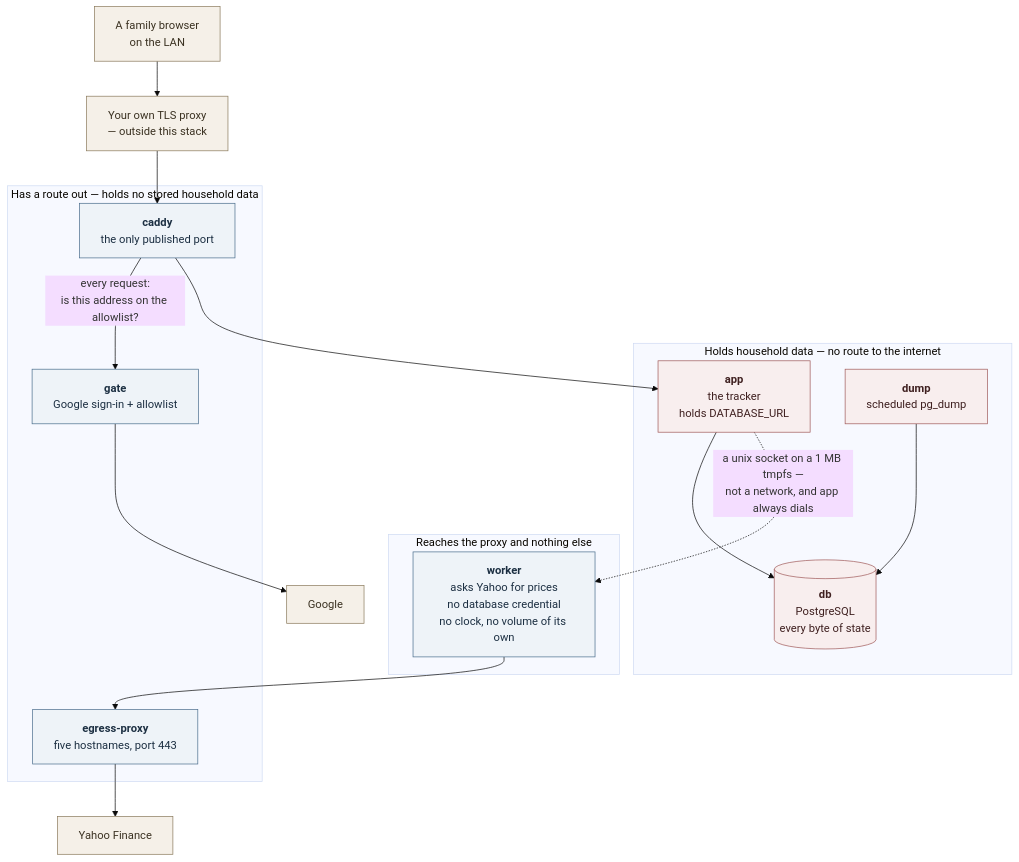
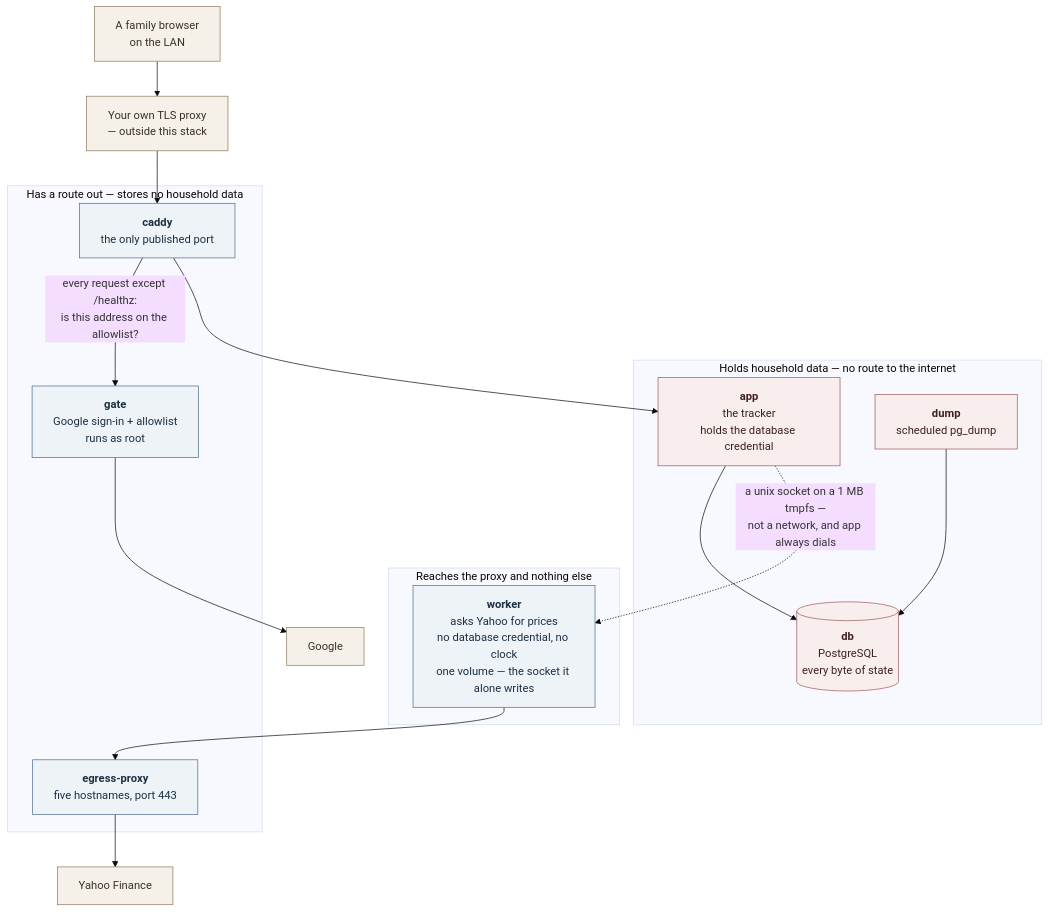
One commit to chethan123/portfolio changed the third of 4 diagrams in docs/security.md. Above: the diagram before and after it, drawn with Mermaid (base theme). The commit also changed other lines of this file, not shown here.

````diff
--- a/docs/security.md
+++ b/docs/security.md
@@ -39,41 +131,41 @@
 ```mermaid
 graph TB
     you["A family browser<br/>on the LAN"]
     house["Your own TLS proxy<br/>— outside this stack"]
 
     subgraph sealed["Holds household data — no route to the internet"]
-        app["<b>app</b><br/>the tracker<br/>holds DATABASE_URL"]
+        app["<b>app</b><br/>the tracker<br/>holds the database credential"]
         db[("<b>db</b><br/>PostgreSQL<br/>every byte of state")]
         dump["<b>dump</b><br/>scheduled pg_dump"]
     end
 
     subgraph lone["Reaches the proxy and nothing else"]
-        worker["<b>worker</b><br/>asks Yahoo for prices<br/>no database credential<br/>no clock, no volume of its own"]
+        worker["<b>worker</b><br/>asks Yahoo for prices<br/>no database credential, no clock<br/>one volume — the socket it alone writes"]
     end
 
-    subgraph out["Has a route out — holds no stored household data"]
+    subgraph out["Has a route out — stores no household data"]
         caddy["<b>caddy</b><br/>the only published port"]
-        gate["<b>gate</b><br/>Google sign-in + allowlist"]
+        gate["<b>gate</b><br/>Google sign-in + allowlist<br/>runs as root"]
         proxy["<b>egress-proxy</b><br/>five hostnames, port 443"]
     end
 
     google["Google"]
     yahoo["Yahoo Finance"]
 
     you --> house --> caddy
-    caddy -->|"every request:<br/>is this address on the allowlist?"| gate
+    caddy -->|"every request except /healthz:<br/>is this address on the allowlist?"| gate
     caddy --> app
     app --> db
     dump --> db
     app -.->|"a unix socket on a 1 MB tmpfs —<br/>not a network, and app always dials"| worker
     worker --> proxy
     gate --> google
     proxy --> yahoo
 
     classDef data fill:#f8eeee,stroke:#a05a5a,color:#3f2020
     classDef svc fill:#eef3f8,stroke:#4a6d8c,color:#1c2f42
     classDef ext fill:#f5f0e8,stroke:#8a7a5c,color:#3b3222
     class app,db,dump data
     class caddy,gate,proxy,worker svc
     class google,yahoo,house,you ext
 ```
````
